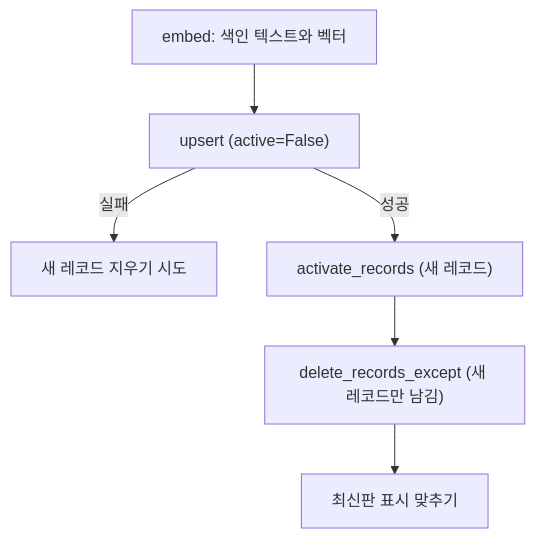
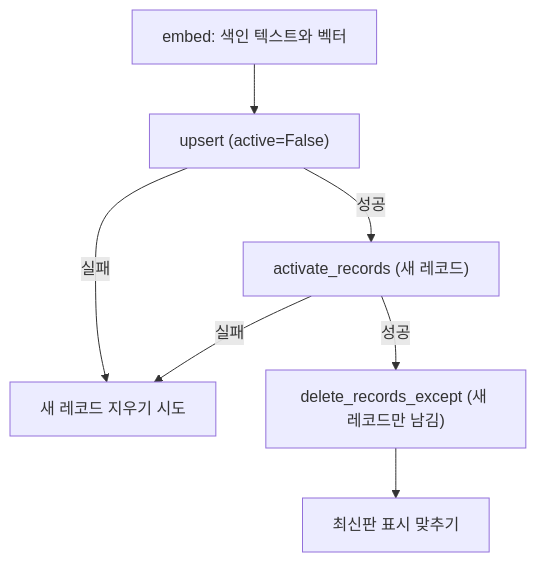
One commit to victor7-aquila/minerva changed the third of 3 diagrams in apps/rag-server/src/minerva_rag/indexing/MODULE.md. Above: the diagram before and after it, drawn with Mermaid. The commit also changed other lines of this file and 22 other files, not shown here.

````diff
--- a/apps/rag-server/src/minerva_rag/indexing/MODULE.md
+++ b/apps/rag-server/src/minerva_rag/indexing/MODULE.md
@@ -286,8 +295,9 @@
 ```mermaid
 flowchart TB
     E["embed: 색인 텍스트와 벡터"] --> U["upsert (active=False)"]
     U -->|실패| C["새 레코드 지우기 시도"]
     U -->|성공| A["activate_records (새 레코드)"]
-    A --> D["delete_records_except (새 레코드만 남김)"]
+    A -->|실패| C
+    A -->|성공| D["delete_records_except (새 레코드만 남김)"]
     D --> L["최신판 표시 맞추기"]
 ```
````
